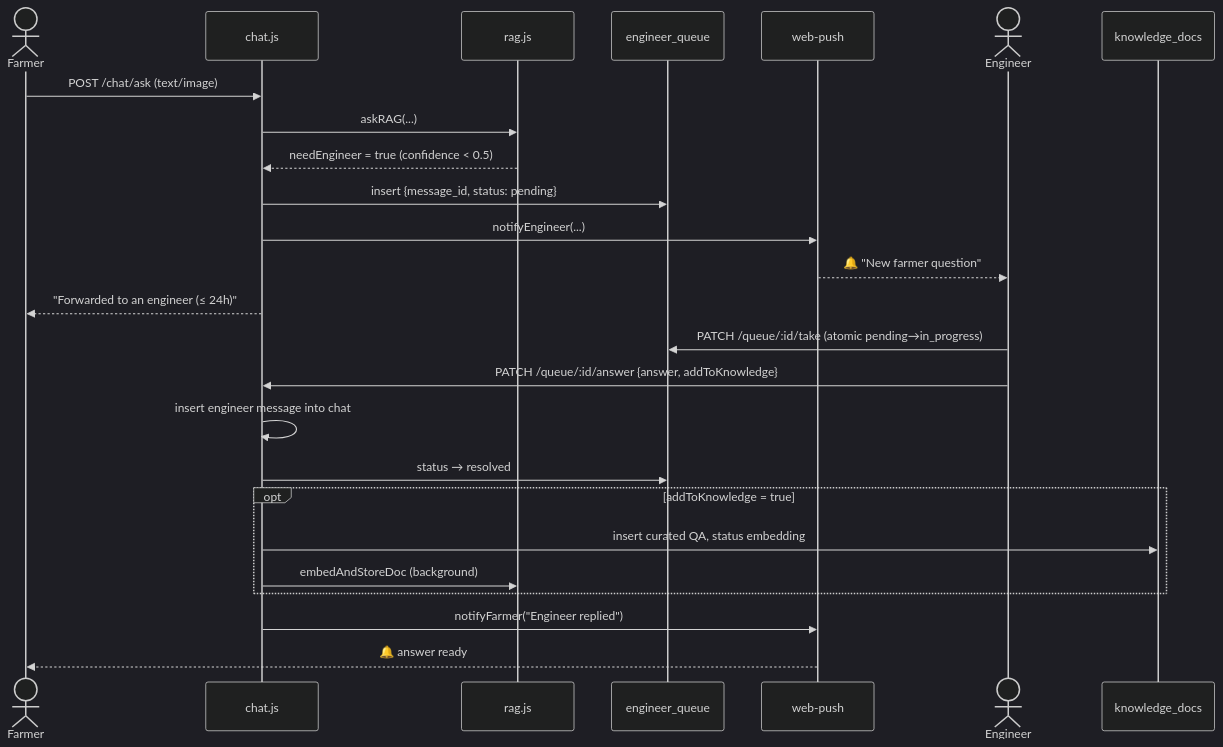
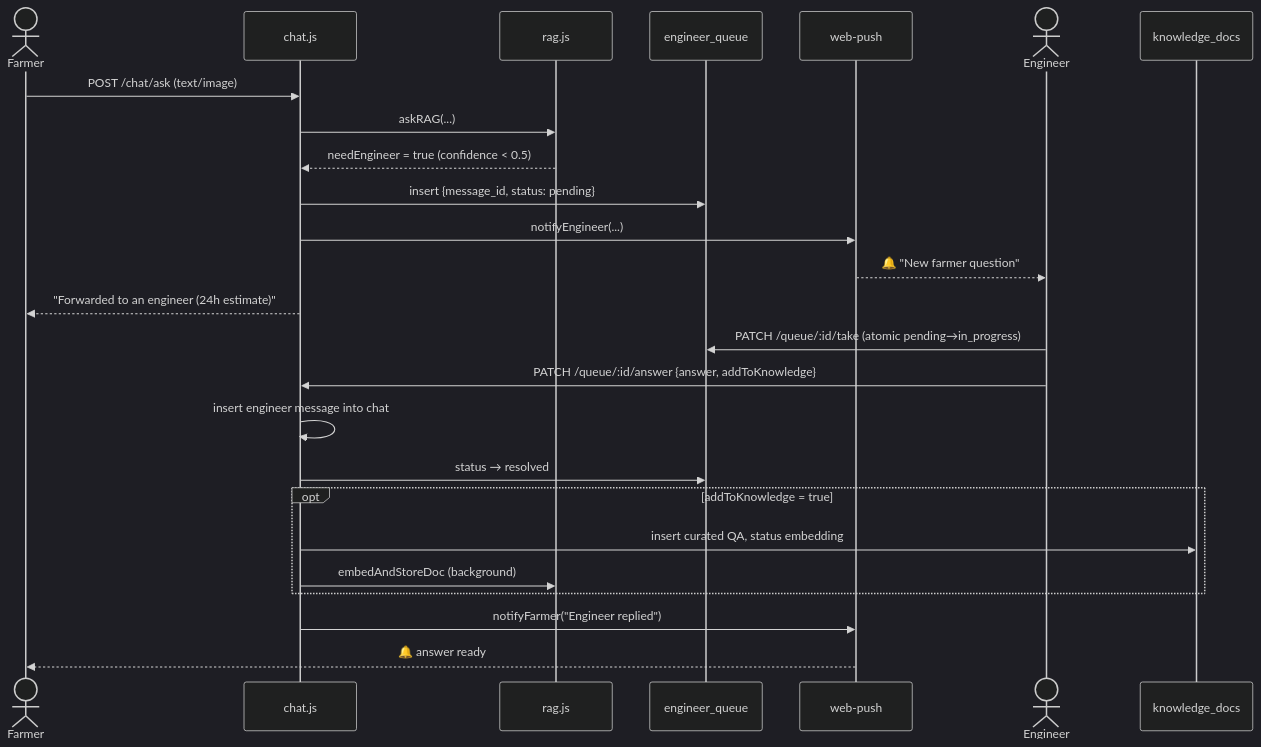
Before and after one commit to concodubao/cocondubao: the sixth of 6 diagrams in docs/03-ARCHITECTURE.md, drawn with Mermaid (dark theme). The commit also changed other lines of this file and 46 other files, not shown here.

````diff
--- a/docs/03-ARCHITECTURE.md
+++ b/docs/03-ARCHITECTURE.md
@@ -483,29 +482,29 @@
 ```mermaid
 sequenceDiagram
     actor F as Farmer
     participant API as chat.js
     participant RAG as rag.js
     participant Q as engineer_queue
     participant P as web-push
     actor E as Engineer
     participant KB as knowledge_docs
 
     F->>API: POST /chat/ask (text/image)
     API->>RAG: askRAG(...)
     RAG-->>API: needEngineer = true (confidence < 0.5)
     API->>Q: insert {message_id, status: pending}
     API->>P: notifyEngineer(...)
     P-->>E: 🔔 "New farmer question"
-    API-->>F: "Forwarded to an engineer (≤ 24h)"
+    API-->>F: "Forwarded to an engineer (24h estimate)"
 
     E->>Q: PATCH /queue/:id/take (atomic pending→in_progress)
     E->>API: PATCH /queue/:id/answer {answer, addToKnowledge}
     API->>API: insert engineer message into chat
     API->>Q: status → resolved
     opt addToKnowledge = true
         API->>KB: insert curated QA, status embedding
         API->>RAG: embedAndStoreDoc (background)
     end
     API->>P: notifyFarmer("Engineer replied")
     P-->>F: 🔔 answer ready
 ```
````
